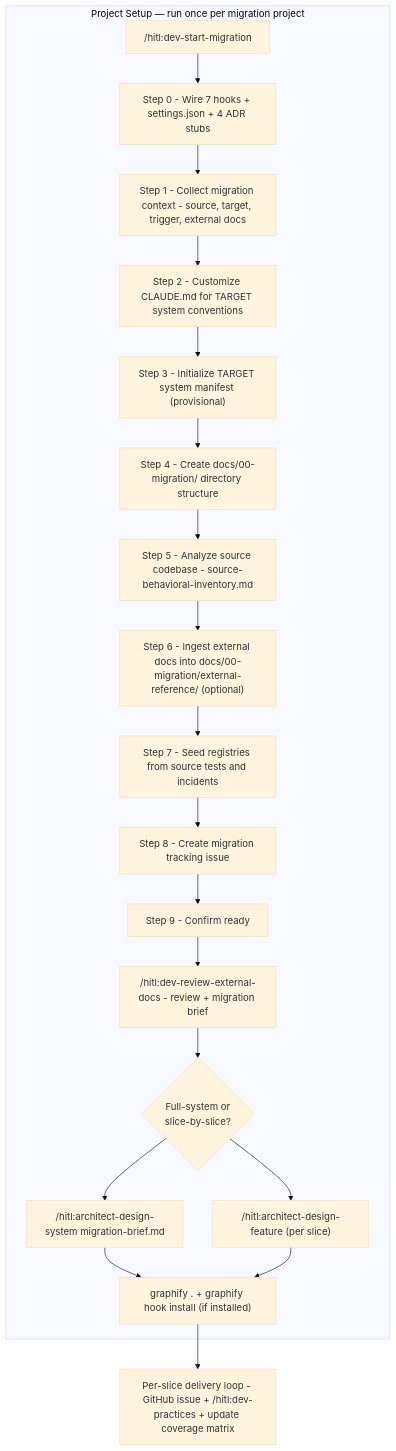
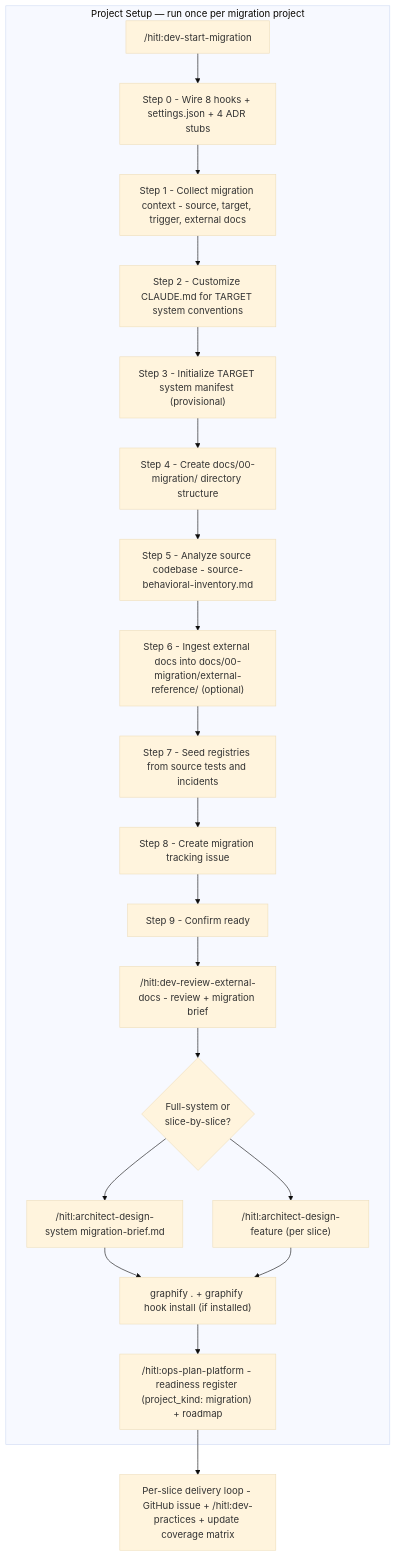
One commit to pappar/hitl-claude-plugin changed the first of 4 diagrams in shared/workflow-migration.md. Above: the diagram before and after it, drawn with Mermaid (base theme). The commit also changed other lines of this file and 24 other files, not shown here.

````diff
--- a/shared/workflow-migration.md
+++ b/shared/workflow-migration.md
@@ -13,29 +13,31 @@
 ```mermaid
 graph TB
   subgraph SETUP["Project Setup — run once per migration project"]
     entry["/hitl:dev-start-migration"]
-    s0["Step 0 - Wire 7 hooks + settings.json + 4 ADR stubs"]
+    s0["Step 0 - Wire 8 hooks + settings.json + 4 ADR stubs"]
     s1["Step 1 - Collect migration context - source, target, trigger, external docs"]
     s2["Step 2 - Customize CLAUDE.md for TARGET system conventions"]
     s3["Step 3 - Initialize TARGET system manifest (provisional)"]
     s4["Step 4 - Create docs/00-migration/ directory structure"]
     s5["Step 5 - Analyze source codebase - source-behavioral-inventory.md"]
     s6["Step 6 - Ingest external docs into docs/00-migration/external-reference/ (optional)"]
     s7["Step 7 - Seed registries from source tests and incidents"]
     s8["Step 8 - Create migration tracking issue"]
     s9["Step 9 - Confirm ready"]
     review["/hitl:dev-review-external-docs - review + migration brief"]
     design_choice{"Full-system or\nslice-by-slice?"}
     design_full["/hitl:architect-design-system migration-brief.md"]
     design_slice["/hitl:architect-design-feature (per slice)"]
     graphify["graphify . + graphify hook install (if installed)"]
+    platform["/hitl:ops-plan-platform - readiness register (project_kind: migration) + roadmap"]
     entry --> s0 --> s1 --> s2 --> s3 --> s4 --> s5 --> s6 --> s7 --> s8 --> s9
     s9 --> review --> design_choice
     design_choice --> design_full --> graphify
     design_choice --> design_slice --> graphify
+    graphify --> platform
   end
 
   loop["Per-slice delivery loop - GitHub issue + /hitl:dev-practices + update coverage matrix"]
 
-  graphify --> loop
+  platform --> loop
 ```
````
